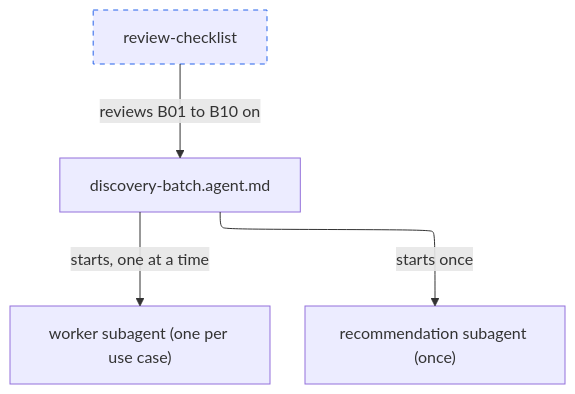
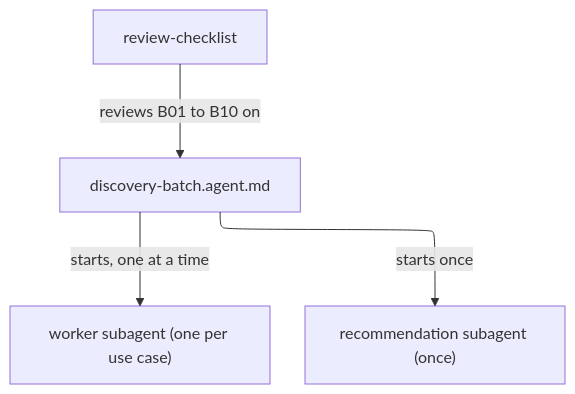
Before and after one commit to vrparthasarathy/migration-job-discovery: the diagram in discovery-batch-agent/README.md, drawn with Mermaid. The commit also changed other lines of this file and 143 other files, not shown here.

````diff
--- a/discovery-batch-agent/README.md
+++ b/discovery-batch-agent/README.md
@@ -88,16 +28,17 @@
 ```mermaid
 ---
 config:
   layout: elk
 ---
 %%{init: {"securityLevel": "loose"}}%%
 flowchart TB
-  chk["review-checklist"]:::planned
+  chk["review-checklist"]
   agent["discovery-batch.agent.md"]
   worker["worker subagent (one per use case)"]
   rec["recommendation subagent (once)"]
   chk -->|"reviews B01 to B10 on"| agent
   agent -->|"starts, one at a time"| worker
   agent -->|"starts once"| rec
-  classDef planned stroke-dasharray: 5 5,stroke:#2563eb
+  click chk "review-checklist.md"
+  click agent "discovery-batch.agent.md"
 ```
````
